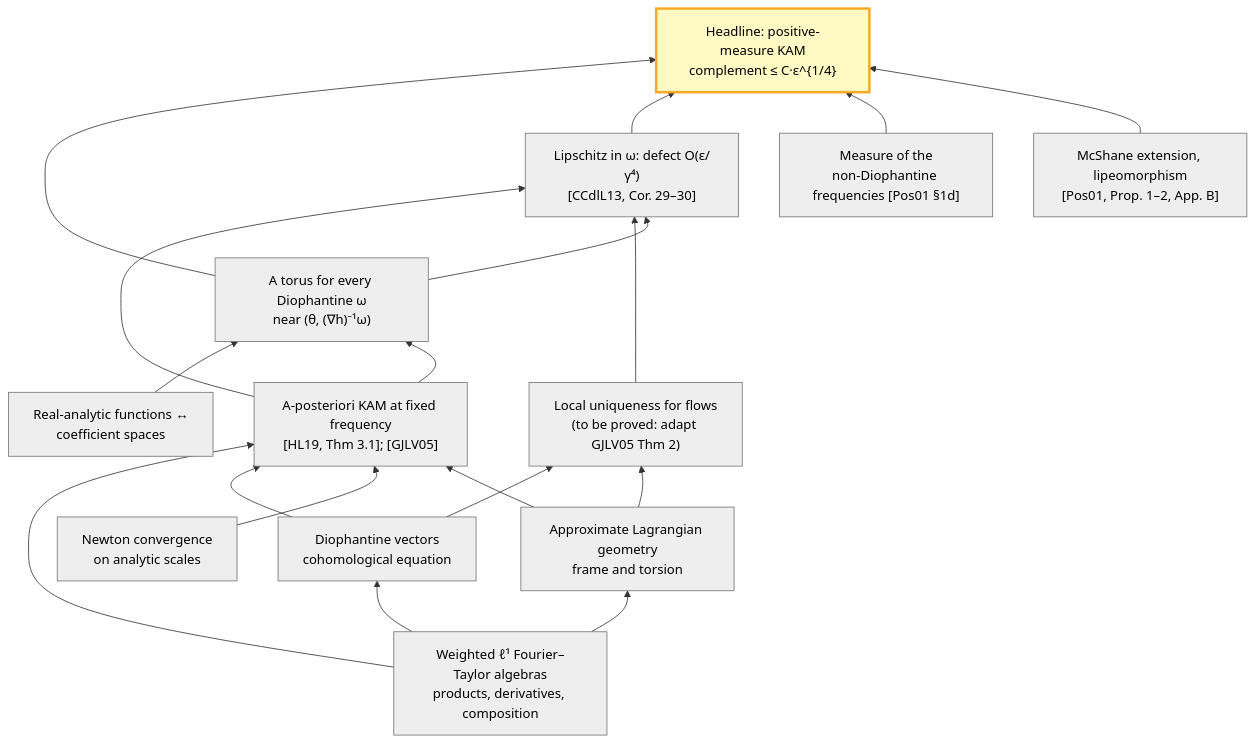
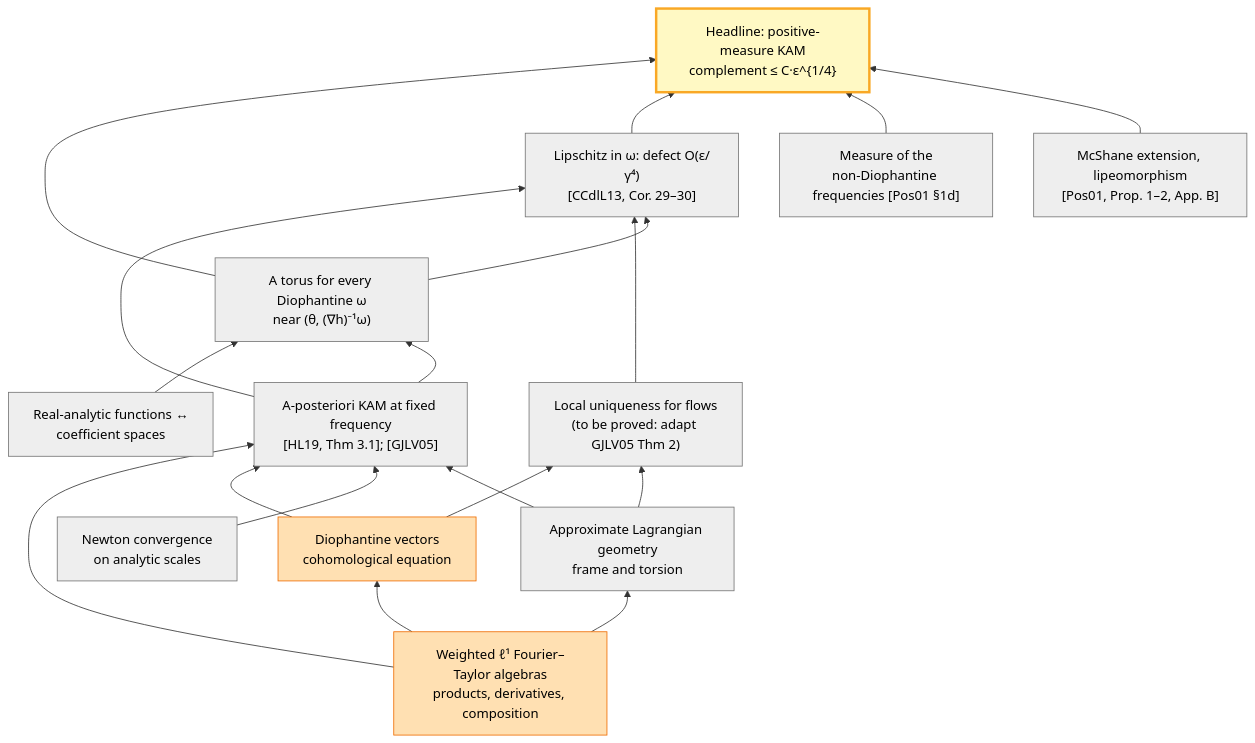
Before and after one commit to aravindkarthigeyan/KAM-dev: the diagram in README.md, drawn with Mermaid. The commit also changed other lines of this file and 1 other file, not shown here.

````diff
--- a/README.md
+++ b/README.md
@@ -166,37 +166,37 @@
 ```mermaid
 flowchart BT
   classDef done fill:#c8e6c9,stroke:#2e7d32,color:#000
   classDef conditional fill:#bbdefb,stroke:#1565c0,color:#000
   classDef progress fill:#ffe0b2,stroke:#ef6c00,color:#000
   classDef todo fill:#eeeeee,stroke:#757575,color:#000
   classDef anchor fill:#fff9c4,stroke:#f9a825,color:#000,stroke-width:3px
-  ALG["Weighted ℓ¹ Fourier–Taylor algebras<br/>products, derivatives, composition"]:::todo
-  DIOPH["Diophantine vectors<br/>cohomological equation"]:::todo
+  ALG["Weighted ℓ¹ Fourier–Taylor algebras<br/>products, derivatives, composition"]:::progress
+  DIOPH["Diophantine vectors<br/>cohomological equation"]:::progress
   NEWTON["Newton convergence<br/>on analytic scales"]:::todo
   BRIDGE["Real-analytic functions ↔<br/>coefficient spaces"]:::todo
   GEOM["Approximate Lagrangian geometry<br/>frame and torsion"]:::todo
   APOST["A-posteriori KAM at fixed frequency<br/>[HL19, Thm 3.1]; [GJLV05]"]:::todo
   UNIQ["Local uniqueness for flows<br/>(to be proved: adapt GJLV05 Thm 2)"]:::todo
   APPLY["A torus for every Diophantine ω<br/>near (θ, (∇h)⁻¹ω)"]:::todo
   LIP["Lipschitz in ω: defect O(ε/γ⁴)<br/>[CCdlL13, Cor. 29–30]"]:::todo
   DMEAS["Measure of the<br/>non-Diophantine frequencies [Pos01 §1d]"]:::todo
   IMAGE["McShane extension, lipeomorphism<br/>[Pos01, Prop. 1–2, App. B]"]:::todo
   HEAD["Headline: positive-measure KAM<br/>complement ≤ C·ε^{1/4}"]:::anchor
   ALG --> DIOPH
   ALG --> GEOM
   ALG --> APOST
   DIOPH --> APOST
   NEWTON --> APOST
   GEOM --> APOST
   DIOPH --> UNIQ
   GEOM --> UNIQ
   BRIDGE --> APPLY
   APOST --> APPLY
   APOST --> LIP
   UNIQ --> LIP
   APPLY --> LIP
   APPLY --> HEAD
   LIP --> HEAD
   DMEAS --> HEAD
   IMAGE --> HEAD
 ```
````
